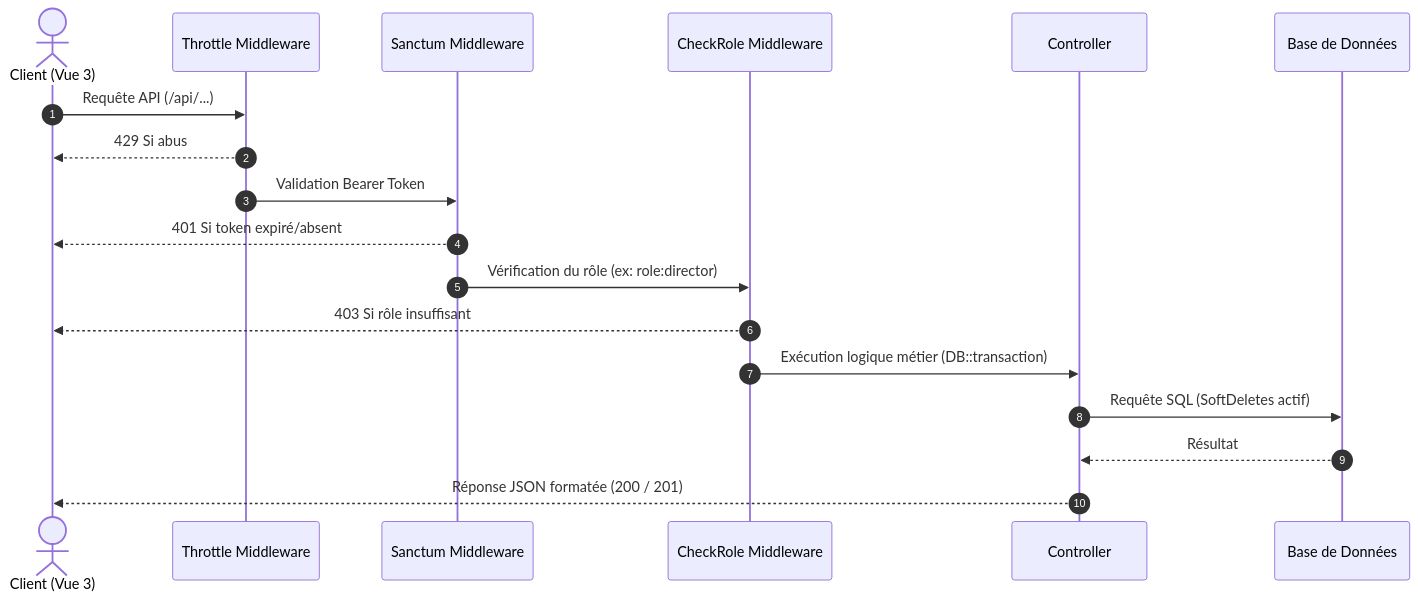
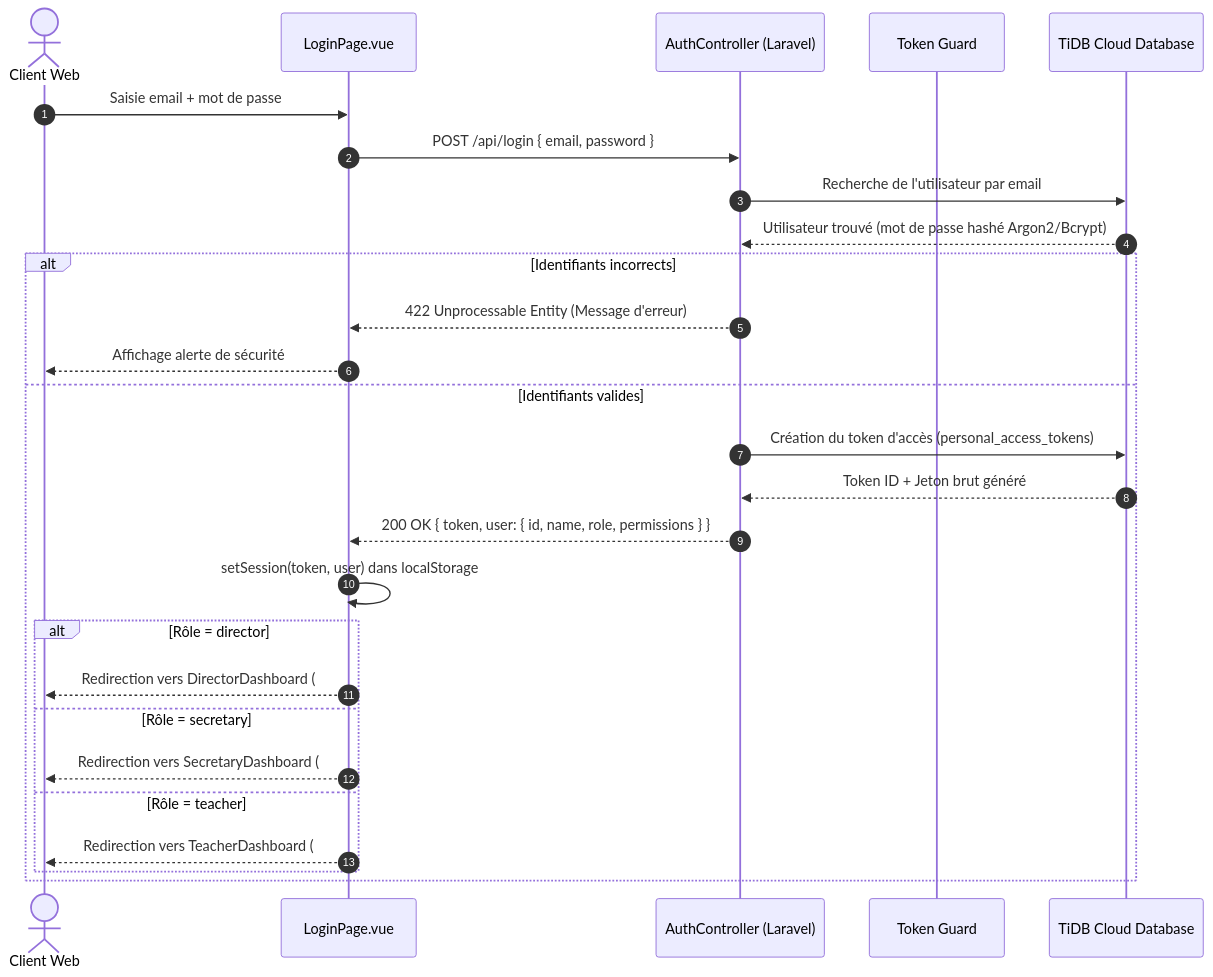
One commit to azizbeji-wq/study-center-app changed the third of 6 diagrams in ARCHITECTURE.md. Above: the diagram before and after it, drawn with Mermaid. The commit also changed other lines of this file and 6 other files, not shown here.

Commit message:
docs: full senior audit with comprehensive UML diagrams, API spec, and unslop passes

````diff
--- a/ARCHITECTURE.md
+++ b/ARCHITECTURE.md
@@ -114,21 +321,32 @@
 ```mermaid
 sequenceDiagram
     autonumber
-    actor User as Client (Vue 3)
-    participant Rate as Throttle Middleware
-    participant Auth as Sanctum Middleware
-    participant RBAC as CheckRole Middleware
-    participant Ctrl as Controller
-    participant DB as Base de Données
+    actor Utilisateur as Client Web
+    participant View as LoginPage.vue
+    participant API as AuthController (Laravel)
+    participant Sanctum as Token Guard
+    participant DB as TiDB Cloud Database
 
-    User->>Rate: Requête API (/api/...)
-    Rate-->>User: 429 Si abus
-    Rate->>Auth: Validation Bearer Token
-    Auth-->>User: 401 Si token expiré/absent
-    Auth->>RBAC: Vérification du rôle (ex: role:director)
-    RBAC-->>User: 403 Si rôle insuffisant
-    RBAC->>Ctrl: Exécution logique métier (DB::transaction)
-    Ctrl->>DB: Requête SQL (SoftDeletes actif)
-    DB-->>Ctrl: Résultat
-    Ctrl-->>User: Réponse JSON formatée (200 / 201)
+    Utilisateur->>View: Saisie email + mot de passe
+    View->>API: POST /api/login { email, password }
+    API->>DB: Recherche de l'utilisateur par email
+    DB-->>API: Utilisateur trouvé (mot de passe hashé Argon2/Bcrypt)
+    
+    alt Identifiants incorrects
+        API-->>View: 422 Unprocessable Entity (Message d'erreur)
+        View-->>Utilisateur: Affichage alerte de sécurité
+    else Identifiants valides
+        API->>DB: Création du token d'accès (personal_access_tokens)
+        DB-->>API: Token ID + Jeton brut généré
+        API-->>View: 200 OK { token, user: { id, name, role, permissions } }
+        View->>View: setSession(token, user) dans localStorage
+        
+        alt Rôle = director
+            View-->>Utilisateur: Redirection vers DirectorDashboard (#dashboard)
+        else Rôle = secretary
+            View-->>Utilisateur: Redirection vers SecretaryDashboard (#students)
+        else Rôle = teacher
+            View-->>Utilisateur: Redirection vers TeacherDashboard (#schedule)
+        end
+    end
 ```
````
